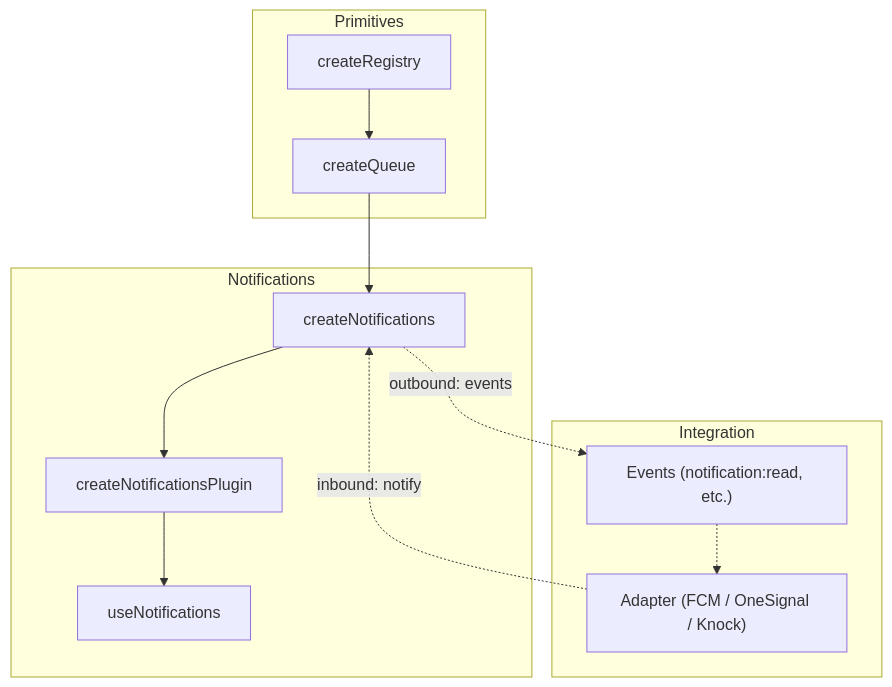
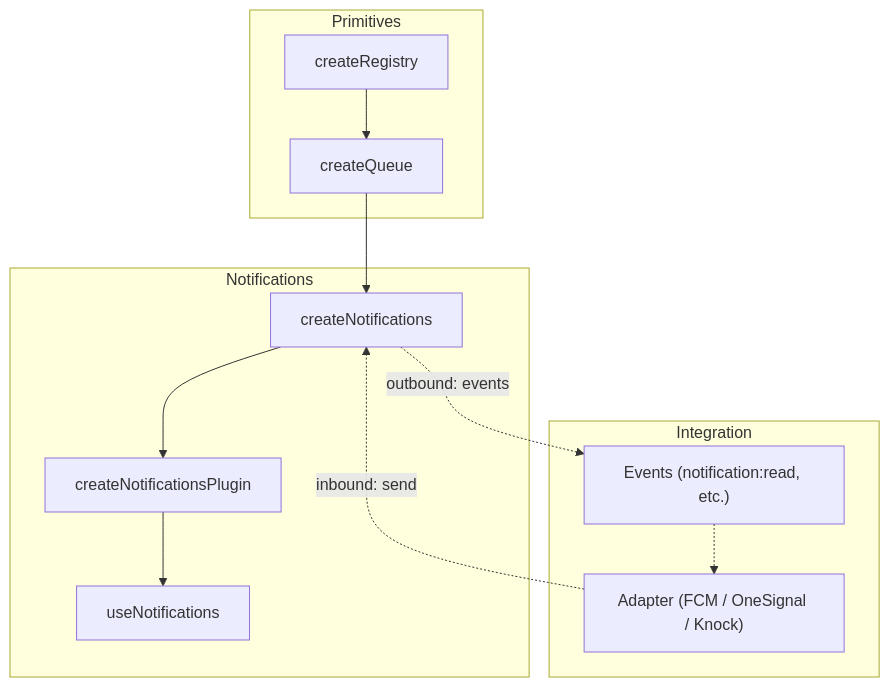
The first of 2 diagrams in apps/docs/src/pages/composables/plugins/use-notifications.md (vuetifyjs/0), drawn with Mermaid before and after one commit. The commit also changed other lines of this file and 5 other files, not shown here.

First line of the commit message:
refactor(useNotifications): rename notify to send

````diff
--- a/apps/docs/src/pages/composables/plugins/use-notifications.md
+++ b/apps/docs/src/pages/composables/plugins/use-notifications.md
@@ -82,26 +82,26 @@
 ```mermaid "Notification Architecture"
 flowchart TB
   subgraph Primitives
     Registry[createRegistry]
     Queue[createQueue]
   end
 
   subgraph Notifications
     Core[createNotifications]
     Plugin[createNotificationsPlugin]
     Use[useNotifications]
   end
 
   subgraph Integration
     Adapter["Adapter (FCM / OneSignal / Knock)"]
     Events["Events (notification:read, etc.)"]
   end
 
   Registry --> Queue
   Queue --> Core
   Core --> Plugin
   Plugin --> Use
-  Adapter -.->|inbound: notify| Core
+  Adapter -.->|inbound: send| Core
   Core -.->|outbound: events| Events
   Events -.-> Adapter
 ```
````
